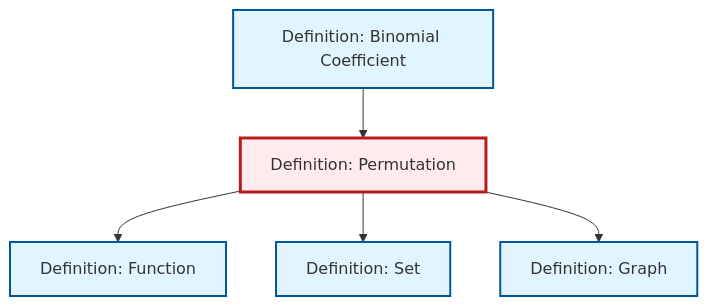
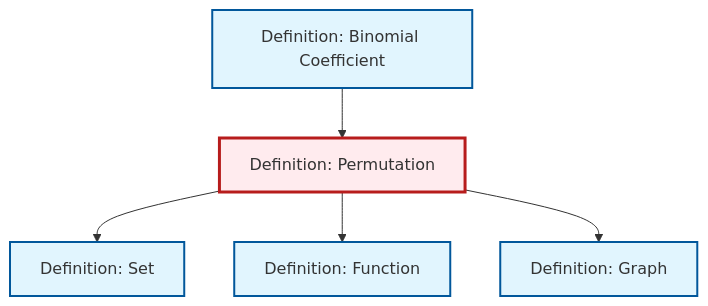
Before and after one commit to RK0429/ModernMath: the diagram in content/ja/combinatorics/def-permutation.qmd, drawn with Mermaid. The commit also changed other lines of this file and 581 other files, not shown here.

````diff
--- a/content/ja/combinatorics/def-permutation.qmd
+++ b/content/ja/combinatorics/def-permutation.qmd
@@ -54,23 +54,23 @@
 ```{mermaid}
 %%| fig-cap: "Local dependency graph"
 graph TD
     classDef definition fill:#e1f5fe,stroke:#01579b,stroke-width:2px
     classDef theorem fill:#f3e5f5,stroke:#4a148c,stroke-width:2px
     classDef axiom fill:#fff3e0,stroke:#e65100,stroke-width:2px
     classDef example fill:#e8f5e9,stroke:#1b5e20,stroke-width:2px
     classDef current fill:#ffebee,stroke:#b71c1c,stroke-width:3px
+    def-function["Definition: Function"]:::definition
+    def-graph["Definition: Graph"]:::definition
     def-binomial-coefficient["Definition: Binomial Coefficient"]:::definition
+    def-permutation["Definition: Permutation"]:::definition
     def-set["Definition: Set"]:::definition
-    def-function["Definition: Function"]:::definition
-    def-permutation["Definition: Permutation"]:::definition
-    def-graph["Definition: Graph"]:::definition
+    def-permutation --> def-set
     def-permutation --> def-function
-    def-permutation --> def-set
     def-permutation --> def-graph
     def-binomial-coefficient --> def-permutation
     class def-permutation current
+    click def-function "def-function.html" "Definition: Functionへ"
+    click def-graph "def-graph.html" "Definition: Graphへ"
     click def-binomial-coefficient "def-binomial-coefficient.html" "Definition: Binomial Coefficientへ"
     click def-set "def-set.html" "Definition: Setへ"
-    click def-function "def-function.html" "Definition: Functionへ"
-    click def-graph "def-graph.html" "Definition: Graphへ"
 ```
````
